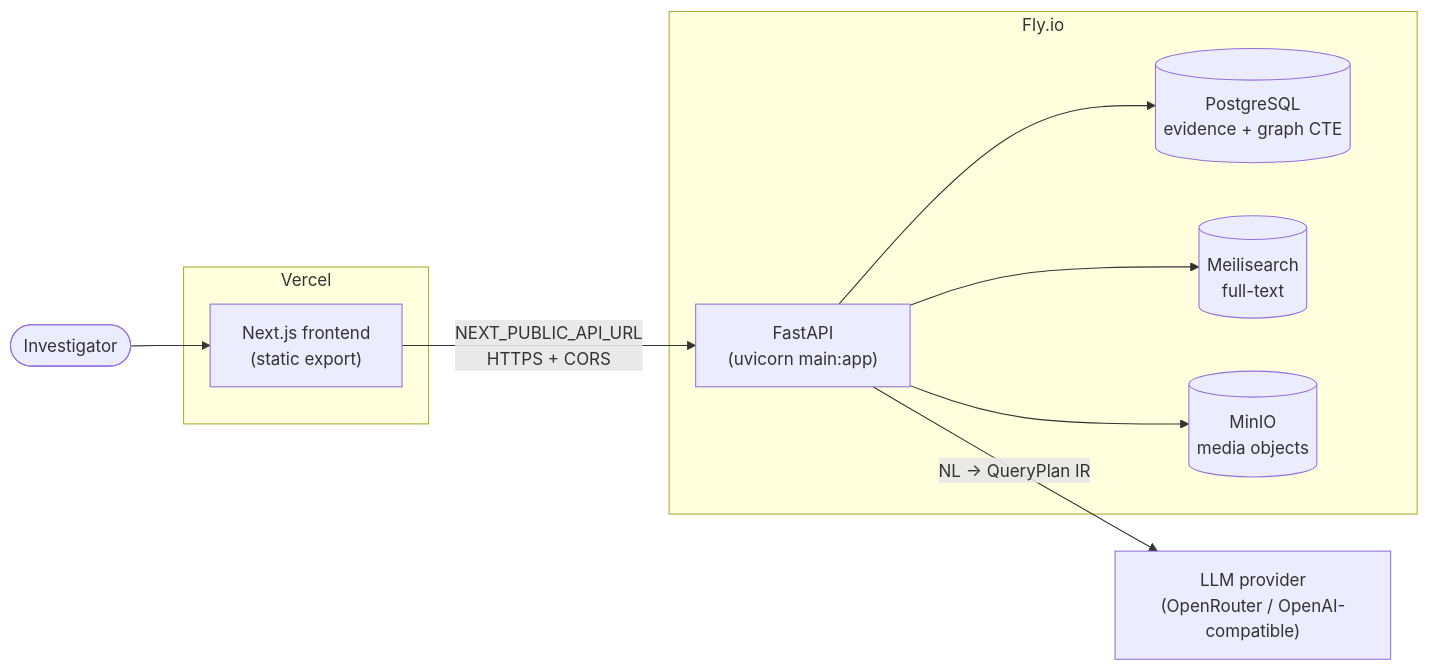
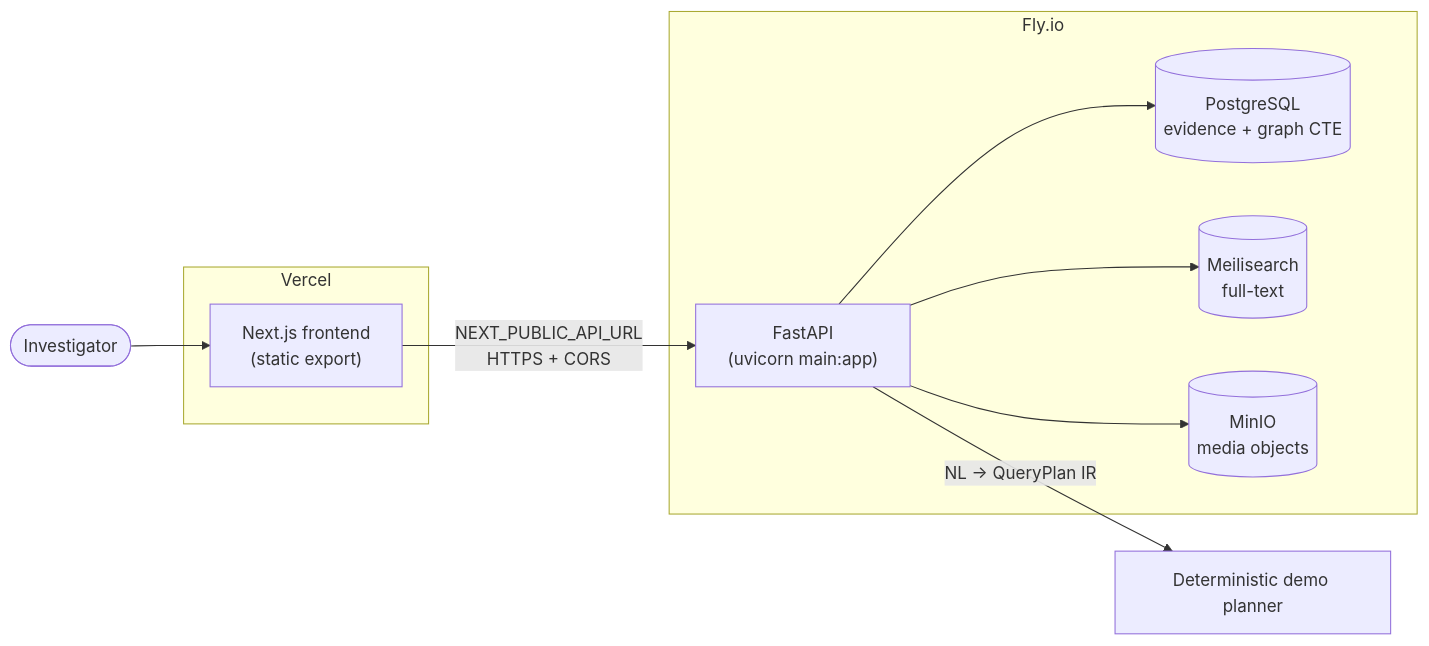
The first of 2 diagrams in README.md (aayushman-singh/ufdr-analyzer), drawn with Mermaid before and after one commit. The commit also changed other lines of this file and 6 other files, not shown here.

````diff
--- a/README.md
+++ b/README.md
@@ -29,21 +31,21 @@
 ```mermaid
 flowchart LR
     User([Investigator])
     subgraph Vercel
         FE["Next.js frontend<br/>(static export)"]
     end
     subgraph Fly.io
         API["FastAPI<br/>(uvicorn main:app)"]
         PG[("PostgreSQL<br/>evidence + graph CTE")]
         MEILI[("Meilisearch<br/>full-text")]
         MINIO[("MinIO<br/>media objects")]
     end
-    LLM["LLM provider<br/>(OpenRouter / OpenAI-compatible)"]
+    PLANNER["Deterministic demo planner"]
 
     User --> FE
     FE -->|"NEXT_PUBLIC_API_URL<br/>HTTPS + CORS"| API
     API --> PG
     API --> MEILI
     API --> MINIO
-    API -->|"NL → QueryPlan IR"| LLM
+    API -->|"NL → QueryPlan IR"| PLANNER
 ```
````
